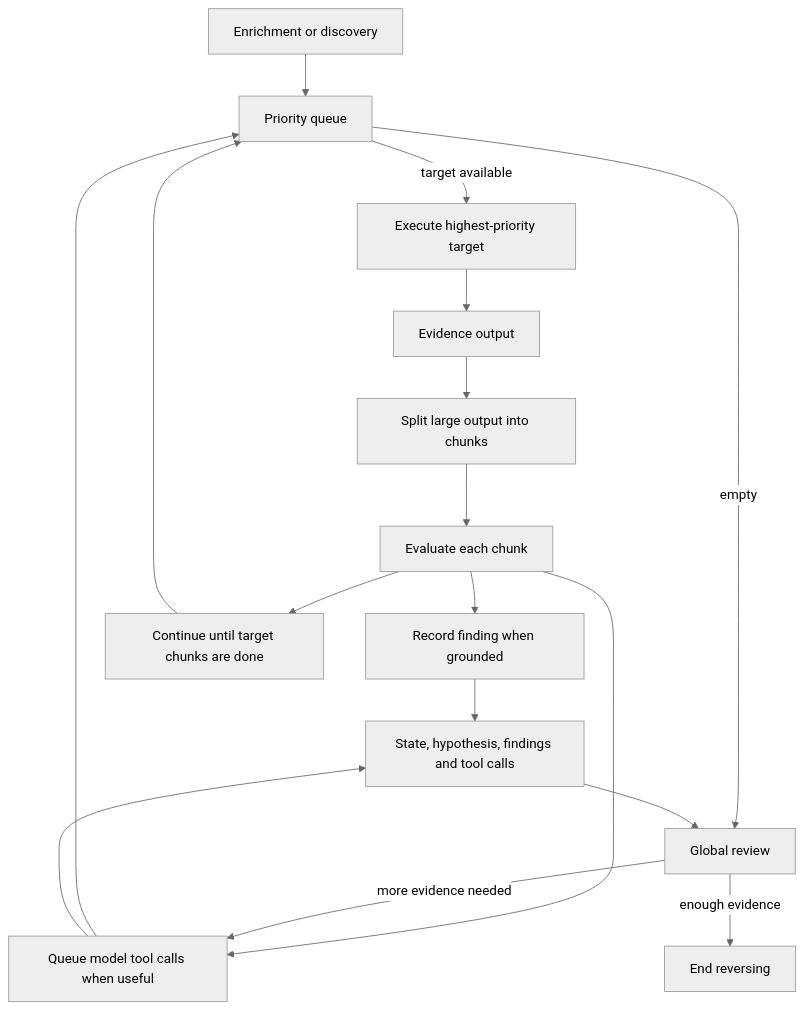
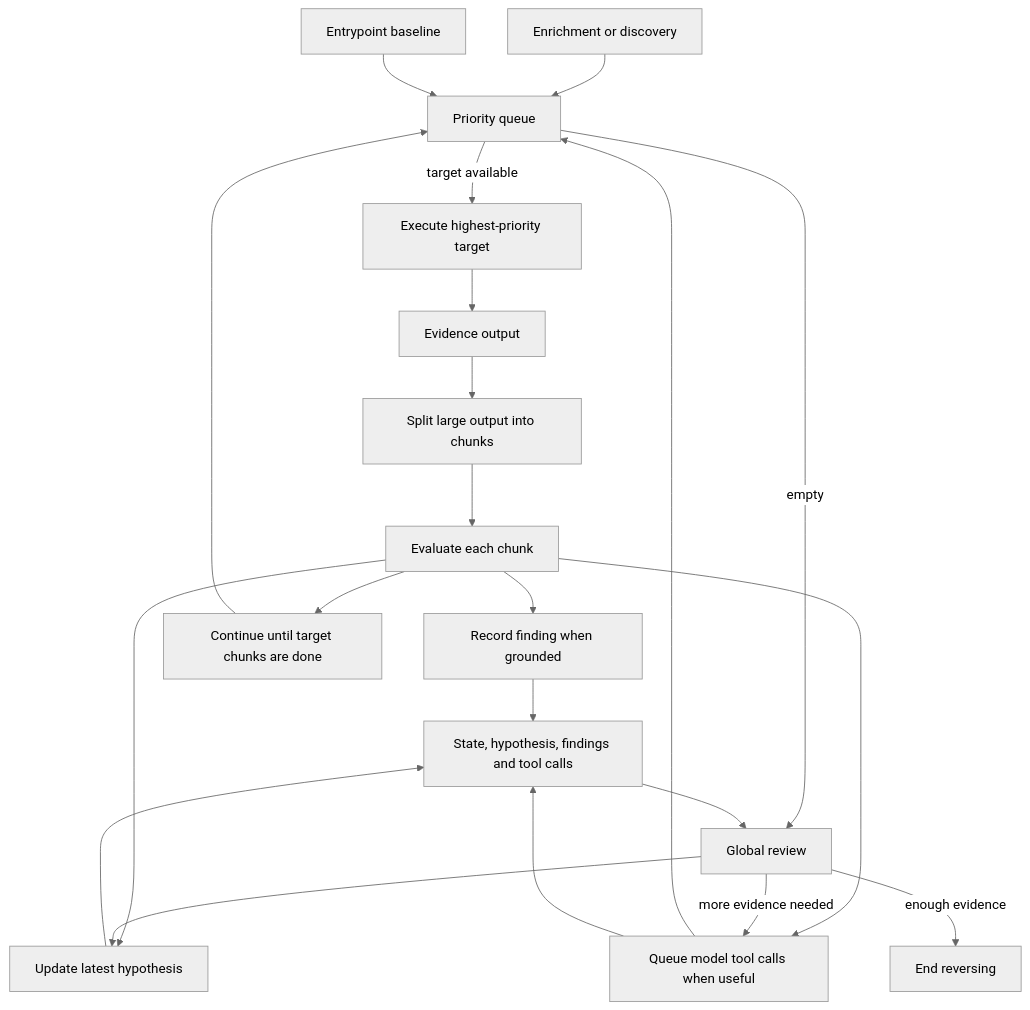
Before and after one commit to pablo-972/AIM: the diagram in docs/phases/reversing.md, drawn with Mermaid (neutral theme). The commit also changed other lines of this file and 10 other files, not shown here.

````diff
--- a/docs/phases/reversing.md
+++ b/docs/phases/reversing.md
@@ -36,19 +40,23 @@
 ```mermaid
 flowchart TD
     Seed[Enrichment or discovery] --> Queue[Priority queue]
+    Entry[Entrypoint baseline] --> Queue
     Queue -->|target available| Target[Execute highest-priority target]
     Target --> Output[Evidence output]
     Output --> Chunks[Split large output into chunks]
     Chunks --> Evaluate[Evaluate each chunk]
     Evaluate --> Finding[Record finding when grounded]
+    Evaluate --> Hypothesis[Update latest hypothesis]
     Evaluate --> ToolCalls[Queue model tool calls when useful]
     ToolCalls --> Queue
     ToolCalls --> Memory
     Evaluate --> Next[Continue until target chunks are done]
     Next --> Queue
     Finding --> Memory[State, hypothesis, findings and tool calls]
+    Hypothesis --> Memory
     Queue -->|empty| Review[Global review]
     Memory --> Review
     Review -->|more evidence needed| ToolCalls
+    Review --> Hypothesis
     Review -->|enough evidence| Done[End reversing]
 ```
````
